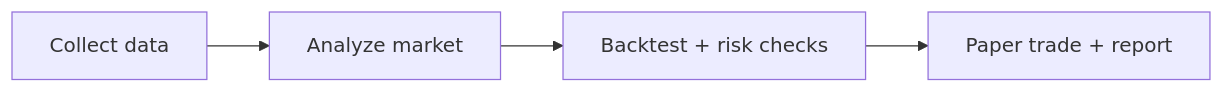
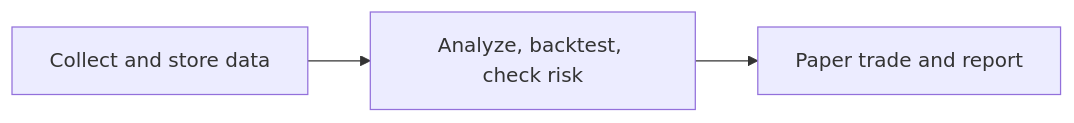
Before and after one commit to Thavarshan/wallstreet: the diagram in README.md, drawn with Mermaid.

Commit message:
docs: fit Mermaid flowchart in GitHub README

````diff
--- a/README.md
+++ b/README.md
@@ -25,6 +25,5 @@
 ```mermaid
 flowchart LR
-    A["Collect data"] --> B["Analyze market"]
-    B --> C["Backtest + risk checks"]
-    C --> D["Paper trade + report"]
+    A["Collect and store data"] --> B["Analyze, backtest, check risk"]
+    B --> C["Paper trade and report"]
 ```
````
